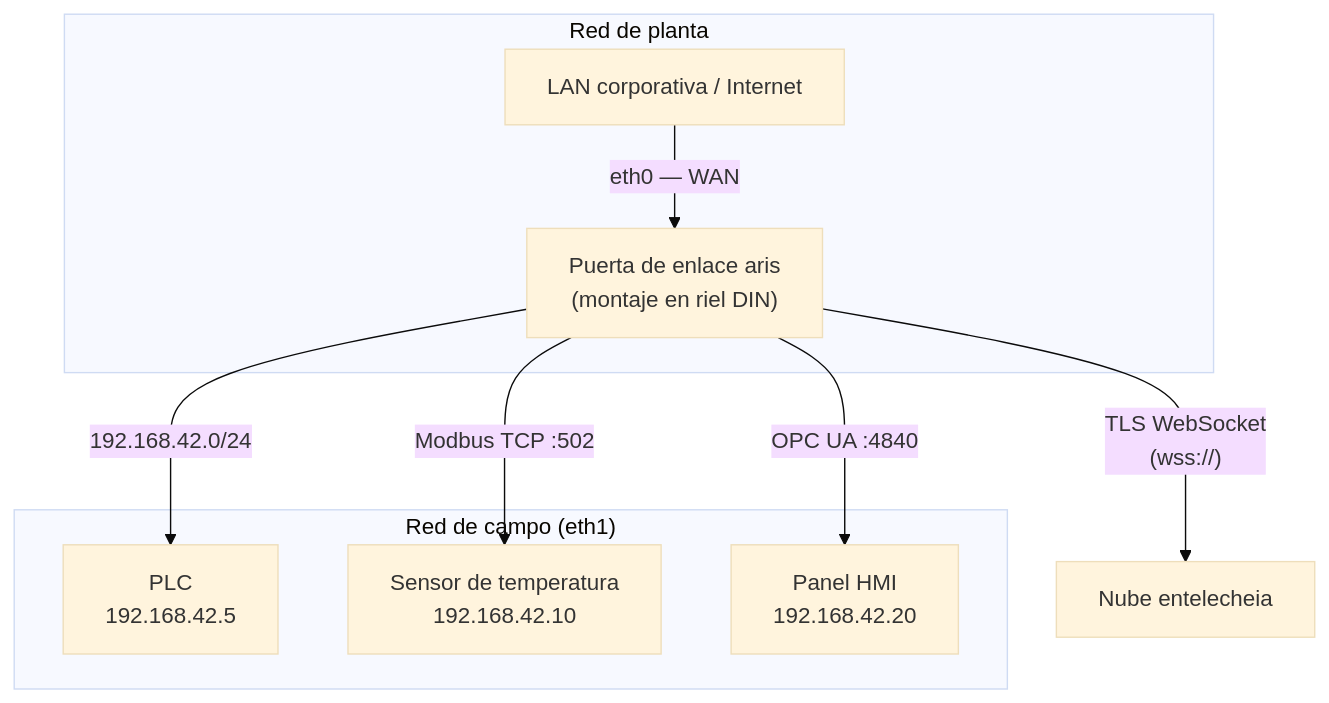
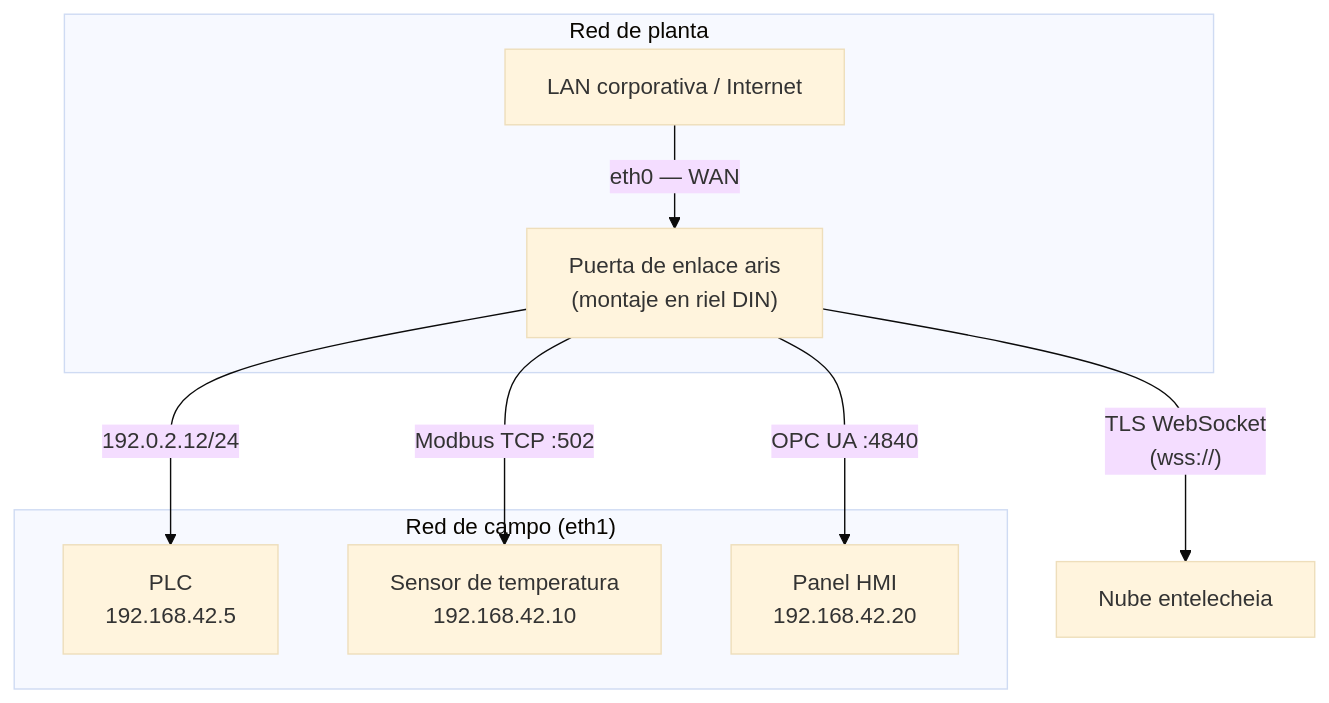
The third of 4 diagrams in docs/es/guides/deployment.md (celestia-island/aris), drawn with Mermaid (base theme) before and after one commit. The commit also changed other lines of this file and 18 other files, not shown here.

````diff
--- a/docs/es/guides/deployment.md
+++ b/docs/es/guides/deployment.md
@@ -80,14 +80,14 @@
 ```mermaid
 flowchart TB
     subgraph Plant["Red de planta"]
         CORP["LAN corporativa / Internet"]
         GW["Puerta de enlace aris\n(montaje en riel DIN)"]
         CORP -->|eth0 — WAN| GW
     end
     subgraph Field["Red de campo (eth1)"]
-        GW -->|192.168.42.0/24| PLC["PLC\n192.168.42.5"]
+        GW -->|192.0.2.12/24| PLC["PLC\n192.168.42.5"]
         GW -->|Modbus TCP :502| SENS["Sensor de temperatura\n192.168.42.10"]
         GW -->|OPC UA :4840| HMI["Panel HMI\n192.168.42.20"]
     end
     GW -->|"TLS WebSocket\n(wss://)"| ENT["Nube entelecheia"]
 ```
````
